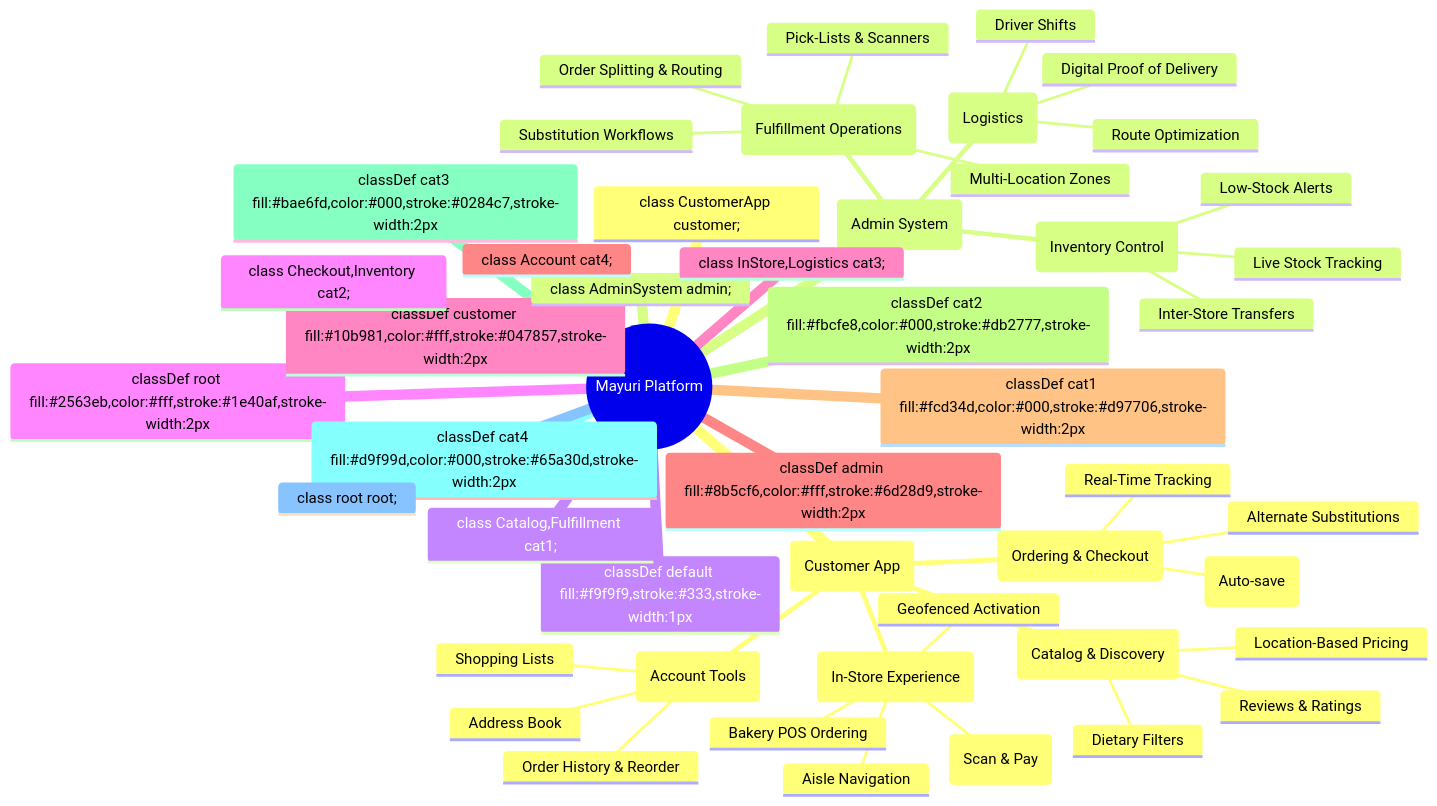
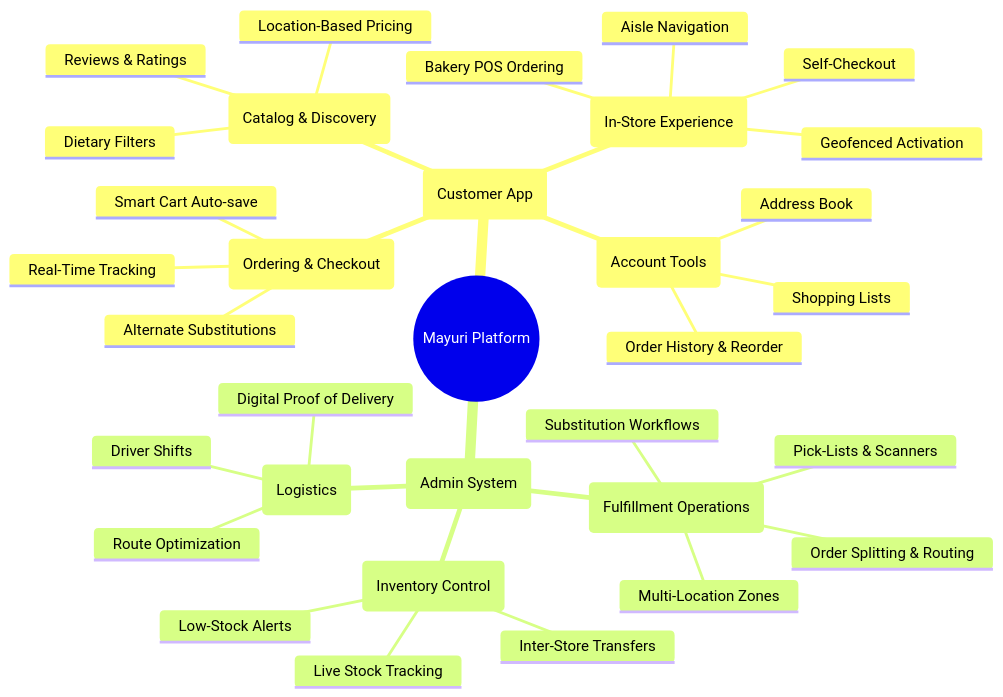
One commit to mayurifoods/commerce changed the diagram in executive-summary.md. Above: the diagram before and after it, drawn with Mermaid.

Commit message:
refactor: Simplify Mermaid mindmap node syntax and remove all styling definitions.

````diff
--- a/executive-summary.md
+++ b/executive-summary.md
@@ -3,53 +3,36 @@
 ```mermaid
 mindmap
   root((Mayuri Platform))
-    CustomerApp("Customer App")
-      Catalog("Catalog & Discovery")
+    CustomerApp(Customer App)
+      Catalog(Catalog & Discovery)
         Location-Based Pricing
         Dietary Filters  
         Reviews & Ratings
-      Checkout("Ordering & Checkout")
-        Smart Cart (Auto-save)
+      Checkout(Ordering & Checkout)
+        Smart Cart Auto-save
         Alternate Substitutions
         Real-Time Tracking
-      InStore("In-Store Experience")
+      InStore(In-Store Experience)
         Geofenced Activation
         Aisle Navigation
-        Self-Checkout (Scan & Pay)
+        Self-Checkout
         Bakery POS Ordering
-      Account("Account Tools")
+      Account(Account Tools)
         Address Book
         Order History & Reorder
         Shopping Lists
-    AdminSystem("Admin System")
-      Fulfillment("Fulfillment Operations")
+    AdminSystem(Admin System)
+      Fulfillment(Fulfillment Operations)
         Multi-Location Zones
         Order Splitting & Routing
         Pick-Lists & Scanners
         Substitution Workflows
-      Inventory("Inventory Control")
+      Inventory(Inventory Control)
         Live Stock Tracking
         Low-Stock Alerts
         Inter-Store Transfers
-      Logistics("Logistics")
+      Logistics(Logistics)
         Driver Shifts
         Route Optimization
         Digital Proof of Delivery
-
-    classDef default fill:#f9f9f9,stroke:#333,stroke-width:1px;
-    classDef root fill:#2563eb,color:#fff,stroke:#1e40af,stroke-width:2px;
-    classDef customer fill:#10b981,color:#fff,stroke:#047857,stroke-width:2px;
-    classDef admin fill:#8b5cf6,color:#fff,stroke:#6d28d9,stroke-width:2px;
-    classDef cat1 fill:#fcd34d,color:#000,stroke:#d97706,stroke-width:2px;
-    classDef cat2 fill:#fbcfe8,color:#000,stroke:#db2777,stroke-width:2px;
-    classDef cat3 fill:#bae6fd,color:#000,stroke:#0284c7,stroke-width:2px;
-    classDef cat4 fill:#d9f99d,color:#000,stroke:#65a30d,stroke-width:2px;
-    
-    class root root;
-    class CustomerApp customer;
-    class AdminSystem admin;
-    class Catalog,Fulfillment cat1;
-    class Checkout,Inventory cat2;
-    class InStore,Logistics cat3;
-    class Account cat4;
 ```
````
